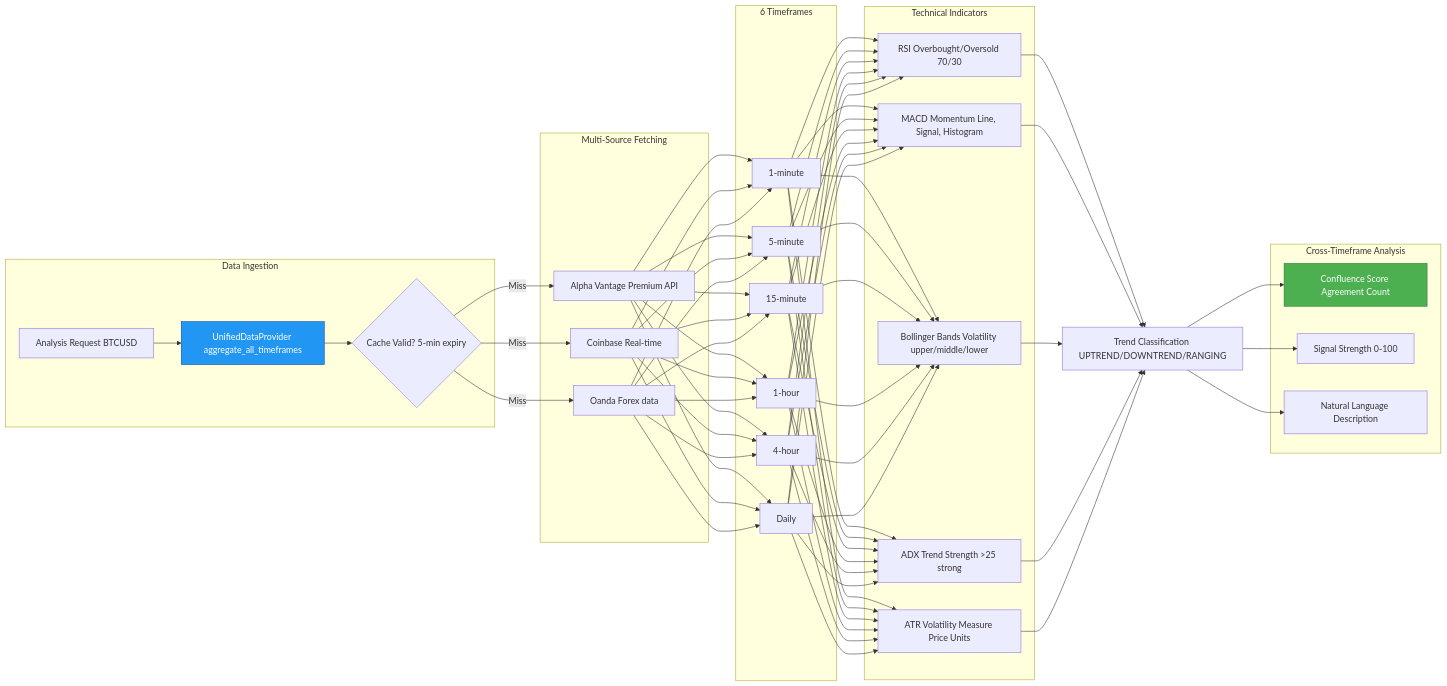
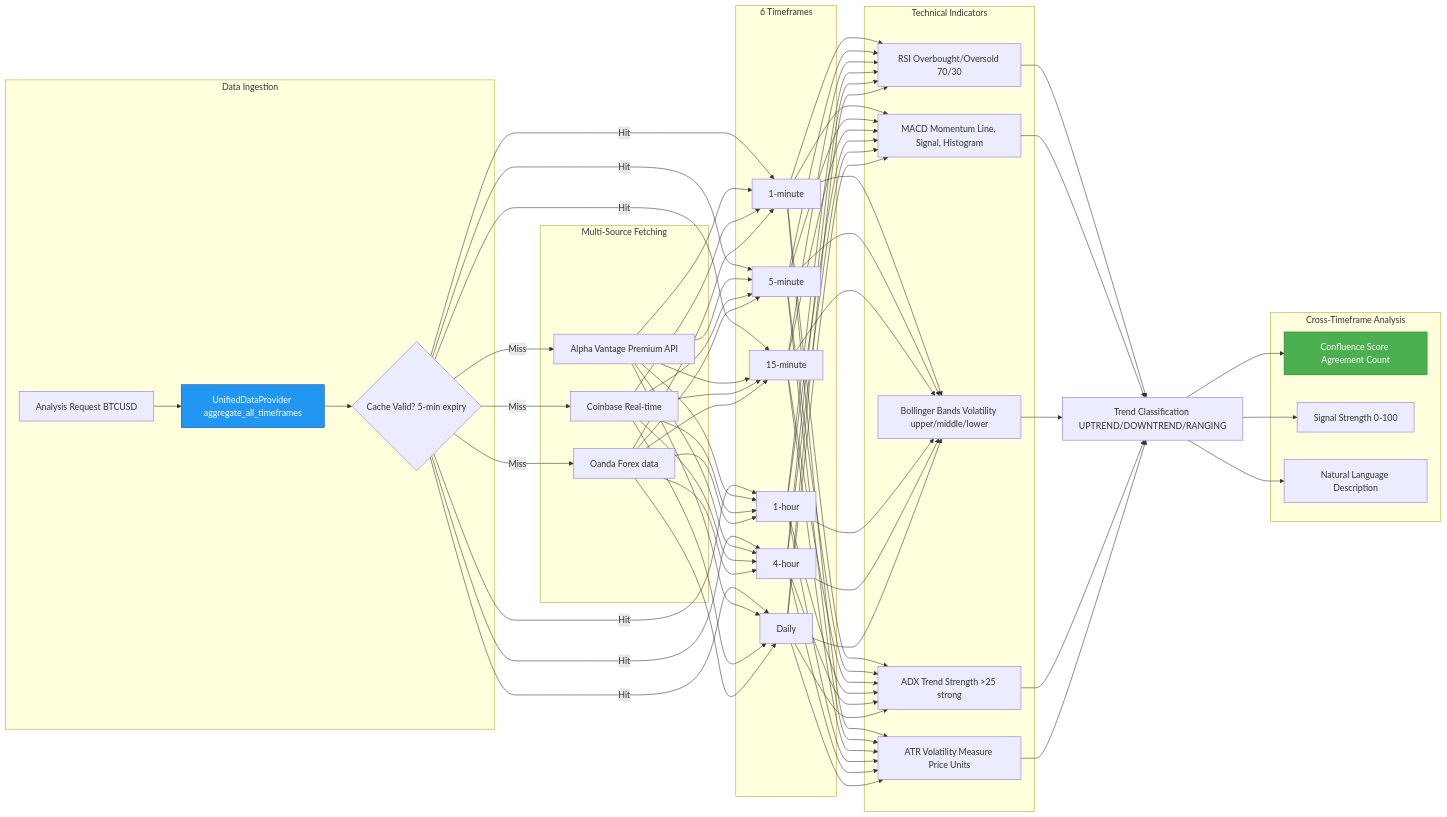
The diagram in docs/diagrams/multiframe_pulse.mmd (Three-Rivers-Tech/finance_feedback_engine), drawn with Mermaid before and after one commit. The commit also changed 6 other files, not shown here.

Commit message:
docs: Update diagrams and refine content in README and various architecture files

```diff
--- a/docs/diagrams/multiframe_pulse.mmd
+++ b/docs/diagrams/multiframe_pulse.mmd
@@ -1,57 +1,58 @@
 flowchart LR
     subgraph "Data Ingestion"
         REQ[Analysis Request BTCUSD]
         UDP[UnifiedDataProvider aggregate_all_timeframes]
         CACHE{Cache Valid? 5-min expiry}
     end
 
     subgraph "Multi-Source Fetching"
         AV[Alpha Vantage Premium API]
         CB_DATA[Coinbase Real-time]
         OA_DATA[Oanda Forex data]
     end
 
     subgraph "6 Timeframes"
         TF1[1-minute]
         TF5[5-minute]
         TF15[15-minute]
         TF1H[1-hour]
         TF4H[4-hour]
         TFD[Daily]
     end
 
     subgraph "Technical Indicators"
         RSI[RSI Overbought/Oversold 70/30]
         MACD[MACD Momentum Line, Signal, Histogram]
         BB[Bollinger Bands Volatility upper/middle/lower]
         ADX[ADX Trend Strength >25 strong]
         ATR[ATR Volatility Measure Price Units]
     end
 
     CLASSIFY[Trend Classification UPTREND/DOWNTREND/RANGING]
 
     subgraph "Cross-Timeframe Analysis"
         CONF[Confluence Score Agreement Count]
         STRENGTH[Signal Strength 0-100]
         DESC[Natural Language Description]
     end
 
     REQ --> UDP
     UDP --> CACHE
+    CACHE -->|Hit| TF1 & TF5 & TF15 & TF1H & TF4H & TFD
     CACHE -->|Miss| AV
     CACHE -->|Miss| CB_DATA
     CACHE -->|Miss| OA_DATA
 
     AV & CB_DATA & OA_DATA --> TF1 & TF5 & TF15 & TF1H & TF4H & TFD
 
     TF1 & TF5 & TF15 & TF1H & TF4H & TFD --> RSI
     TF1 & TF5 & TF15 & TF1H & TF4H & TFD --> MACD
     TF1 & TF5 & TF15 & TF1H & TF4H & TFD --> BB
     TF1 & TF5 & TF15 & TF1H & TF4H & TFD --> ADX
     TF1 & TF5 & TF15 & TF1H & TF4H & TFD --> ATR
 
     RSI & MACD & BB & ADX & ATR --> CLASSIFY
     CLASSIFY --> CONF & STRENGTH & DESC
 
     style UDP fill:#2196F3,stroke:#0D47A1,color:#fff
     style CONF fill:#4CAF50,stroke:#2E7D32,color:#fff
```
